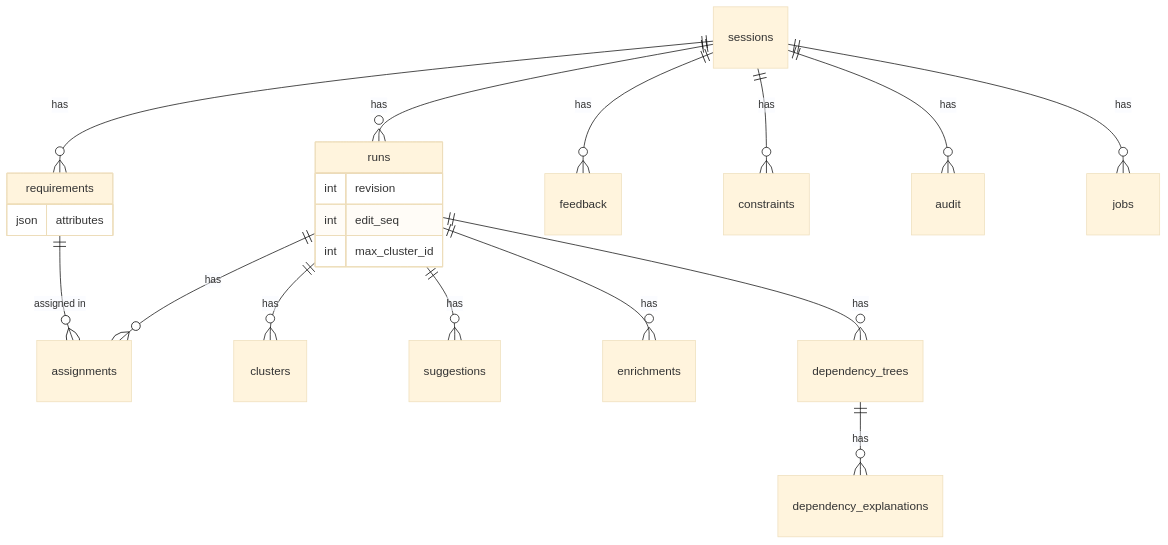
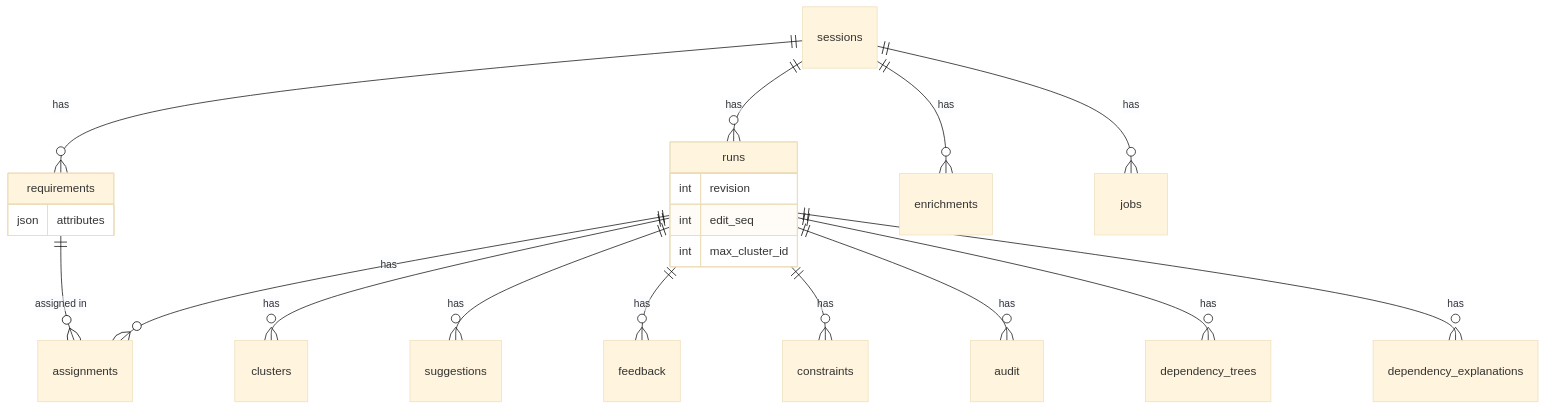
Before and after one commit to suraj-gupta-01/reqcluster: the fourth of 4 diagrams in README.md, drawn with Mermaid (base theme). The commit also changed other lines of this file and 17 other files, not shown here.

First line of the commit message:
One-command start, schema-drift check, zero warnings, spaCy model

````diff
--- a/README.md
+++ b/README.md
@@ -81,24 +81,24 @@
 ```mermaid
 erDiagram
   sessions ||--o{ requirements : has
   sessions ||--o{ runs : has
-  sessions ||--o{ feedback : has
-  sessions ||--o{ constraints : has
-  sessions ||--o{ audit : has
+  sessions ||--o{ enrichments : has
   sessions ||--o{ jobs : has
   runs ||--o{ assignments : has
   runs ||--o{ clusters : has
   runs ||--o{ suggestions : has
-  runs ||--o{ enrichments : has
+  runs ||--o{ feedback : has
+  runs ||--o{ constraints : has
+  runs ||--o{ audit : has
   runs ||--o{ dependency_trees : has
-  dependency_trees ||--o{ dependency_explanations : has
+  runs ||--o{ dependency_explanations : has
   requirements ||--o{ assignments : "assigned in"
   runs {
     int revision
     int edit_seq
     int max_cluster_id
   }
   requirements {
     json attributes
   }
 ```
````
